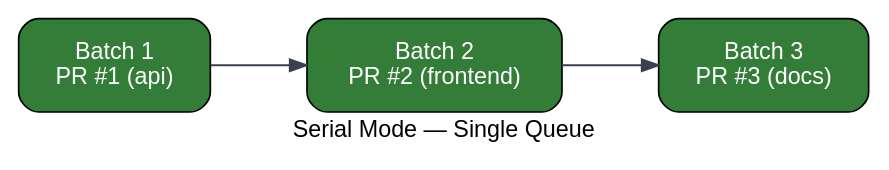
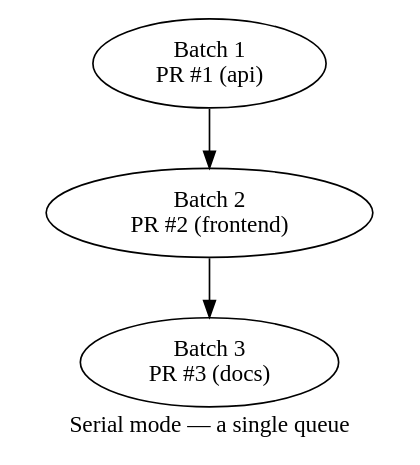
Before and after one commit to Mergifyio/docs: the first of 5 diagrams in src/content/docs/merge-queue/queue-modes.mdx, drawn with Graphviz. The commit also changed other lines of this file and 20 other files, not shown here.

````diff
--- a/src/content/docs/merge-queue/queue-modes.mdx
+++ b/src/content/docs/merge-queue/queue-modes.mdx
@@ -41,18 +41,9 @@
-```dot class="graph"
-strict digraph {
-  fontname="sans-serif";
-  rankdir="LR";
-  label="Serial Mode — Single Queue";
-  nodesep=0.6;
-  ranksep=0.8;
-
-  node [shape=box, style="rounded,filled", fillcolor="#347D39", fontcolor="white", fontname="sans-serif", margin="0.3,0.18"];
-  edge [color="#374151", arrowhead=normal, penwidth=1.2, fontname="sans-serif"];
-
-  PR1 [label="Batch 1\nPR #1 (api)"];
-  PR2 [label="Batch 2\nPR #2 (frontend)"];
-  PR3 [label="Batch 3\nPR #3 (docs)"];
-
+```dot class="queue"
+digraph {
+  label="Serial mode — a single queue";
+  PR1 [label="Batch 1\nPR #1 (api)", class="queued"];
+  PR2 [label="Batch 2\nPR #2 (frontend)", class="queued"];
+  PR3 [label="Batch 3\nPR #3 (docs)", class="queued"];
   PR1 -> PR2 -> PR3;
 }
 ```
````
